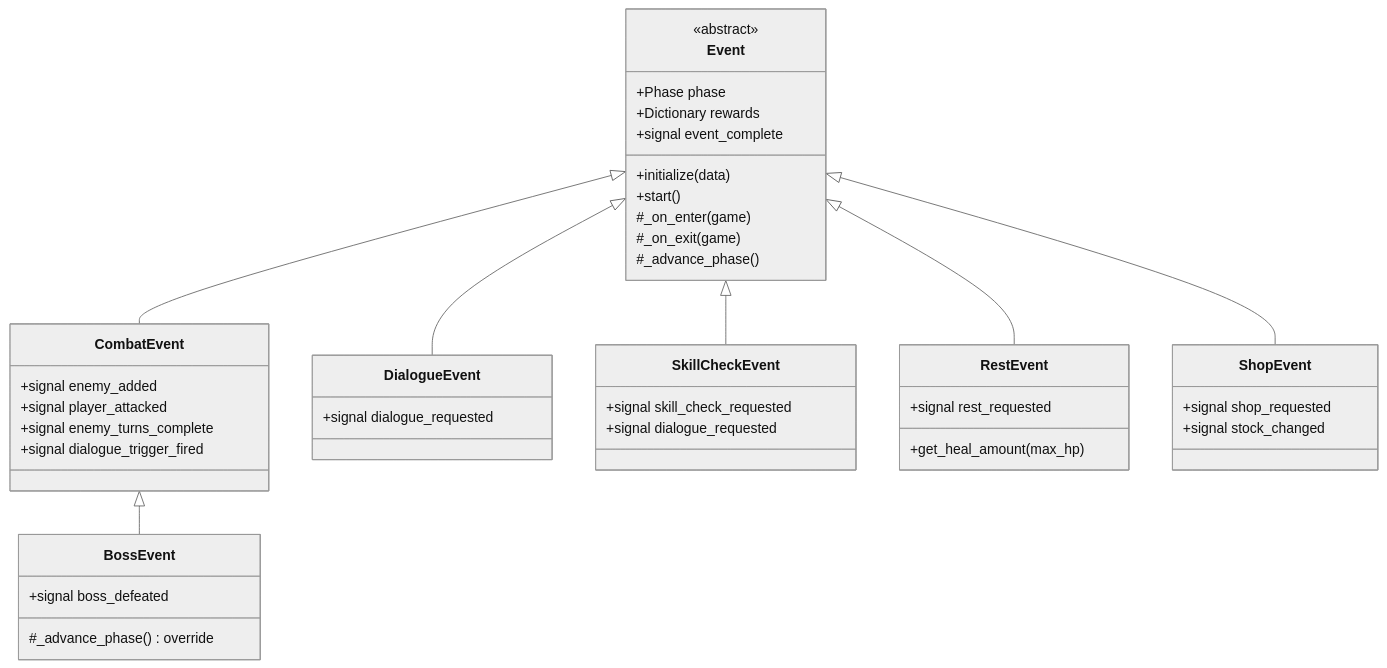
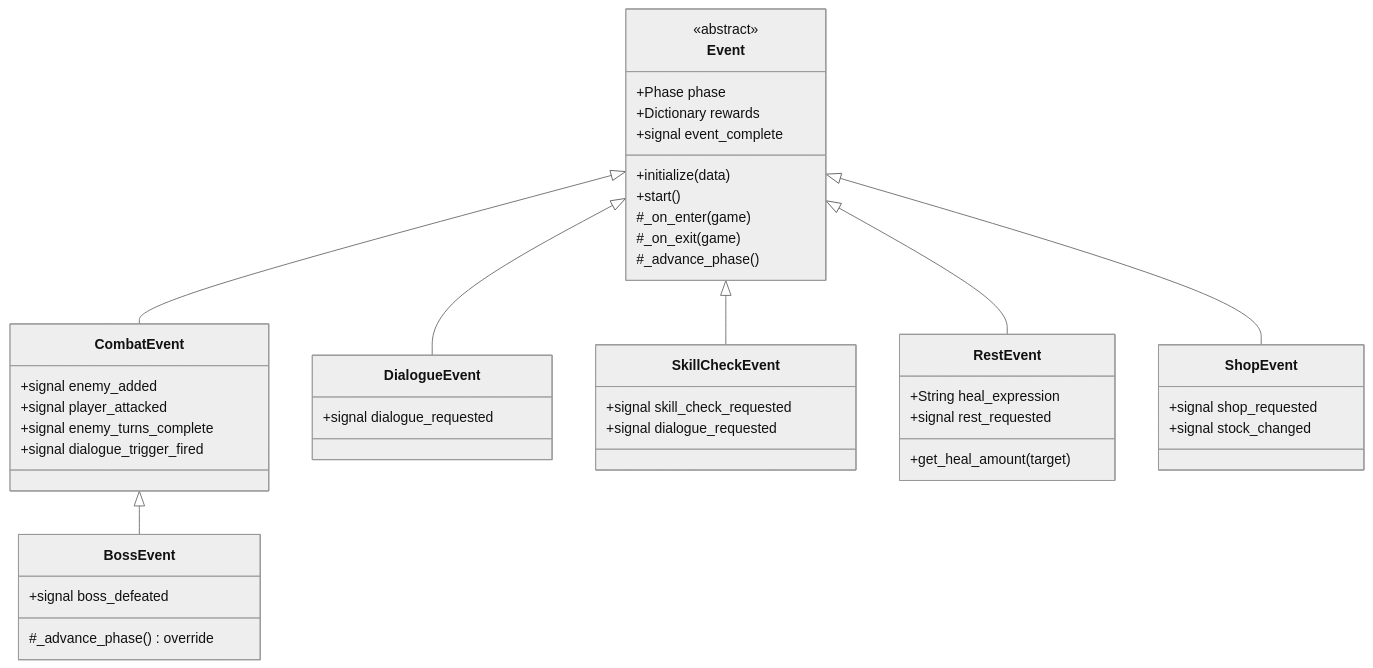
One commit to mjholder/crawler changed the second of 4 diagrams in journal/architecture.md. Above: the diagram before and after it, drawn with Mermaid (neutral theme). The commit also changed other lines of this file and 28 other files, not shown here.

````diff
--- a/journal/architecture.md
+++ b/journal/architecture.md
@@ -54,46 +54,47 @@
 ```mermaid
 classDiagram
     class Event {
         <<abstract>>
         +Phase phase
         +Dictionary rewards
         +initialize(data)
         +start()
         #_on_enter(game)
         #_on_exit(game)
         #_advance_phase()
         +signal event_complete
     }
     class CombatEvent {
         +signal enemy_added
         +signal player_attacked
         +signal enemy_turns_complete
         +signal dialogue_trigger_fired
     }
     class BossEvent {
         +signal boss_defeated
         #_advance_phase() override
     }
     class DialogueEvent {
         +signal dialogue_requested
     }
     class SkillCheckEvent {
         +signal skill_check_requested
         +signal dialogue_requested
     }
     class RestEvent {
+        +String heal_expression
         +signal rest_requested
-        +get_heal_amount(max_hp)
+        +get_heal_amount(target)
     }
     class ShopEvent {
         +signal shop_requested
         +signal stock_changed
     }
 
     Event <|-- CombatEvent
     CombatEvent <|-- BossEvent
     Event <|-- DialogueEvent
     Event <|-- SkillCheckEvent
     Event <|-- RestEvent
     Event <|-- ShopEvent
 ```
````
